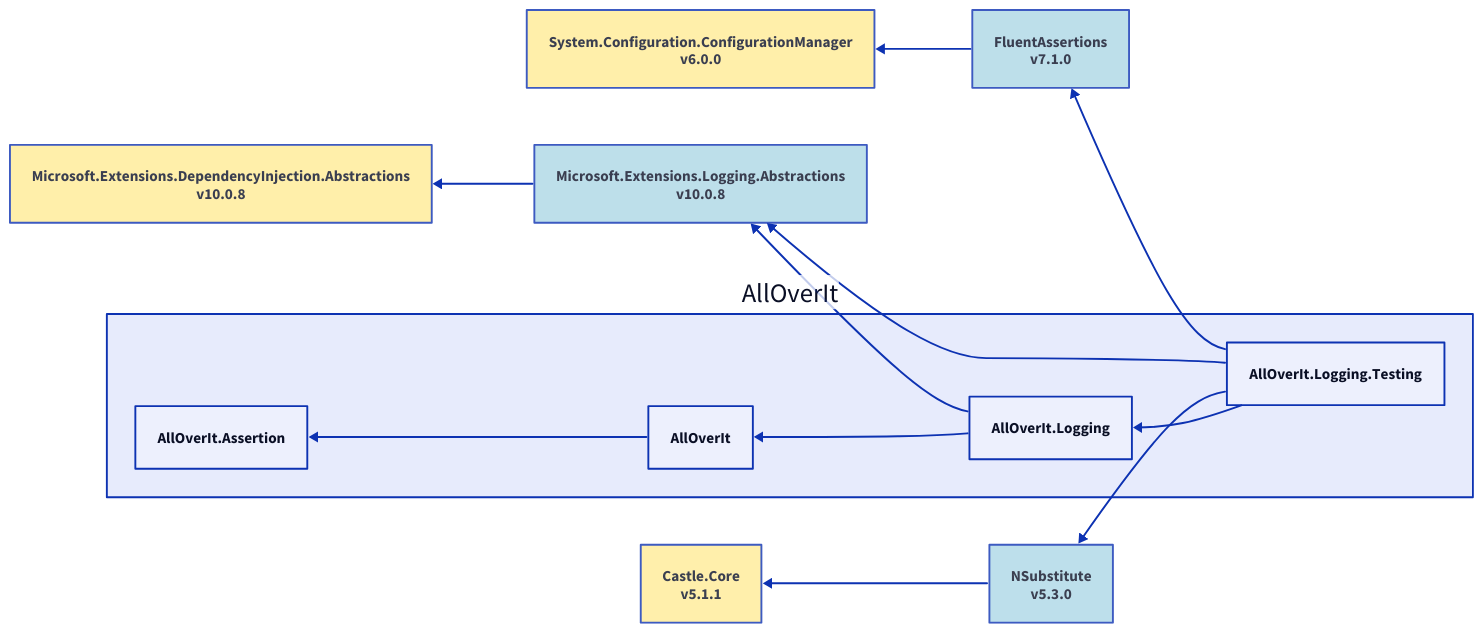
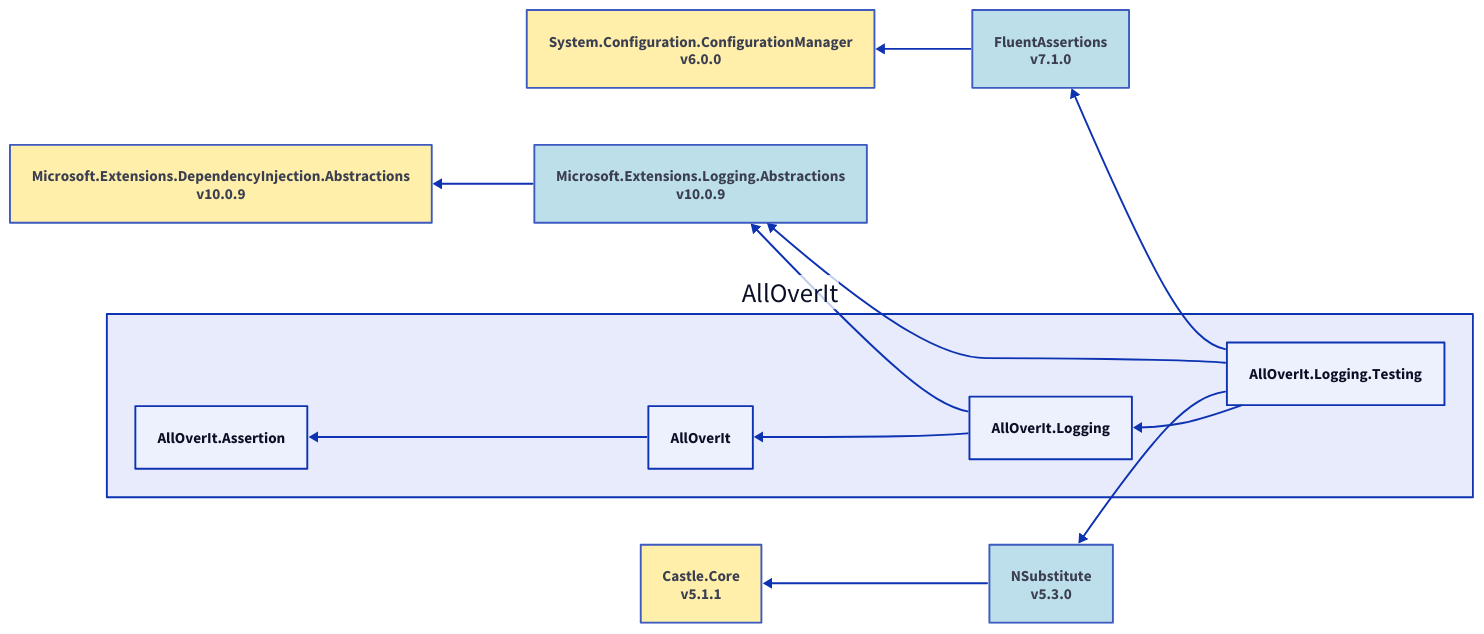
Before and after one commit to mjfreelancing/AllOverIt: the diagram in Docs/Reference/Content/images/dependencies/net10.0/d2/alloverit-logging-testing.d2, drawn with D2. The commit also changed 249 other files, not shown here.

```diff
--- a/Docs/Reference/Content/images/dependencies/net10.0/d2/alloverit-logging-testing.d2
+++ b/Docs/Reference/Content/images/dependencies/net10.0/d2/alloverit-logging-testing.d2
@@ -1,37 +1,37 @@
 direction: left
 
 aoi: AllOverIt
 aoi.alloverit-logging-testing: AllOverIt.Logging.Testing
 fluentassertions_7-1-0: FluentAssertions\nv7.1.0
 system-configuration-configurationmanager_6-0-0: System.Configuration.ConfigurationManager\nv6.0.0
-microsoft-extensions-logging-abstractions_10-0-8: Microsoft.Extensions.Logging.Abstractions\nv10.0.8
-microsoft-extensions-dependencyinjection-abstractions_10-0-8: Microsoft.Extensions.DependencyInjection.Abstractions\nv10.0.8
+microsoft-extensions-logging-abstractions_10-0-9: Microsoft.Extensions.Logging.Abstractions\nv10.0.9
+microsoft-extensions-dependencyinjection-abstractions_10-0-9: Microsoft.Extensions.DependencyInjection.Abstractions\nv10.0.9
 nsubstitute_5-3-0: NSubstitute\nv5.3.0
 castle-core_5-1-1: Castle.Core\nv5.1.1
 aoi.alloverit-logging: AllOverIt.Logging
 aoi.alloverit: AllOverIt
 aoi.alloverit-assertion: AllOverIt.Assertion
 fluentassertions_7-1-0 <- aoi.alloverit-logging-testing
 system-configuration-configurationmanager_6-0-0 <- fluentassertions_7-1-0
-microsoft-extensions-logging-abstractions_10-0-8 <- aoi.alloverit-logging-testing
-microsoft-extensions-dependencyinjection-abstractions_10-0-8 <- microsoft-extensions-logging-abstractions_10-0-8
+microsoft-extensions-logging-abstractions_10-0-9 <- aoi.alloverit-logging-testing
+microsoft-extensions-dependencyinjection-abstractions_10-0-9 <- microsoft-extensions-logging-abstractions_10-0-9
 nsubstitute_5-3-0 <- aoi.alloverit-logging-testing
 castle-core_5-1-1 <- nsubstitute_5-3-0
 aoi.alloverit-logging <- aoi.alloverit-logging-testing
-microsoft-extensions-logging-abstractions_10-0-8 <- aoi.alloverit-logging
+microsoft-extensions-logging-abstractions_10-0-9 <- aoi.alloverit-logging
 aoi.alloverit <- aoi.alloverit-logging
 aoi.alloverit-assertion <- aoi.alloverit
 fluentassertions_7-1-0.style.fill: "#ADD8E6"
 fluentassertions_7-1-0.style.opacity: 0.8
 system-configuration-configurationmanager_6-0-0.style.fill: "#FFEC96"
 system-configuration-configurationmanager_6-0-0.style.opacity: 0.8
-microsoft-extensions-logging-abstractions_10-0-8.style.fill: "#ADD8E6"
-microsoft-extensions-logging-abstractions_10-0-8.style.opacity: 0.8
-microsoft-extensions-dependencyinjection-abstractions_10-0-8.style.fill: "#FFEC96"
-microsoft-extensions-dependencyinjection-abstractions_10-0-8.style.opacity: 0.8
+microsoft-extensions-logging-abstractions_10-0-9.style.fill: "#ADD8E6"
+microsoft-extensions-logging-abstractions_10-0-9.style.opacity: 0.8
+microsoft-extensions-dependencyinjection-abstractions_10-0-9.style.fill: "#FFEC96"
+microsoft-extensions-dependencyinjection-abstractions_10-0-9.style.opacity: 0.8
 nsubstitute_5-3-0.style.fill: "#ADD8E6"
 nsubstitute_5-3-0.style.opacity: 0.8
 castle-core_5-1-1.style.fill: "#FFEC96"
 castle-core_5-1-1.style.opacity: 0.8
 aoi.style.fill: "#E7EBFC"
 aoi.style.opacity: 1
```
